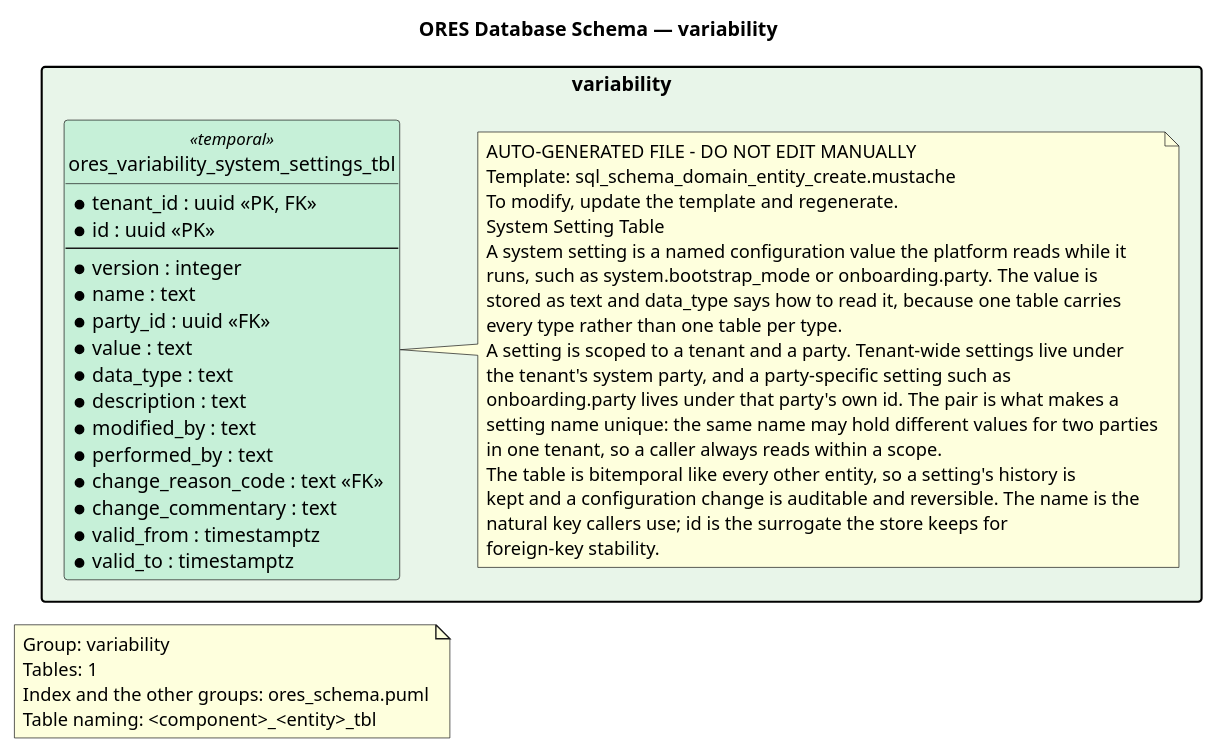
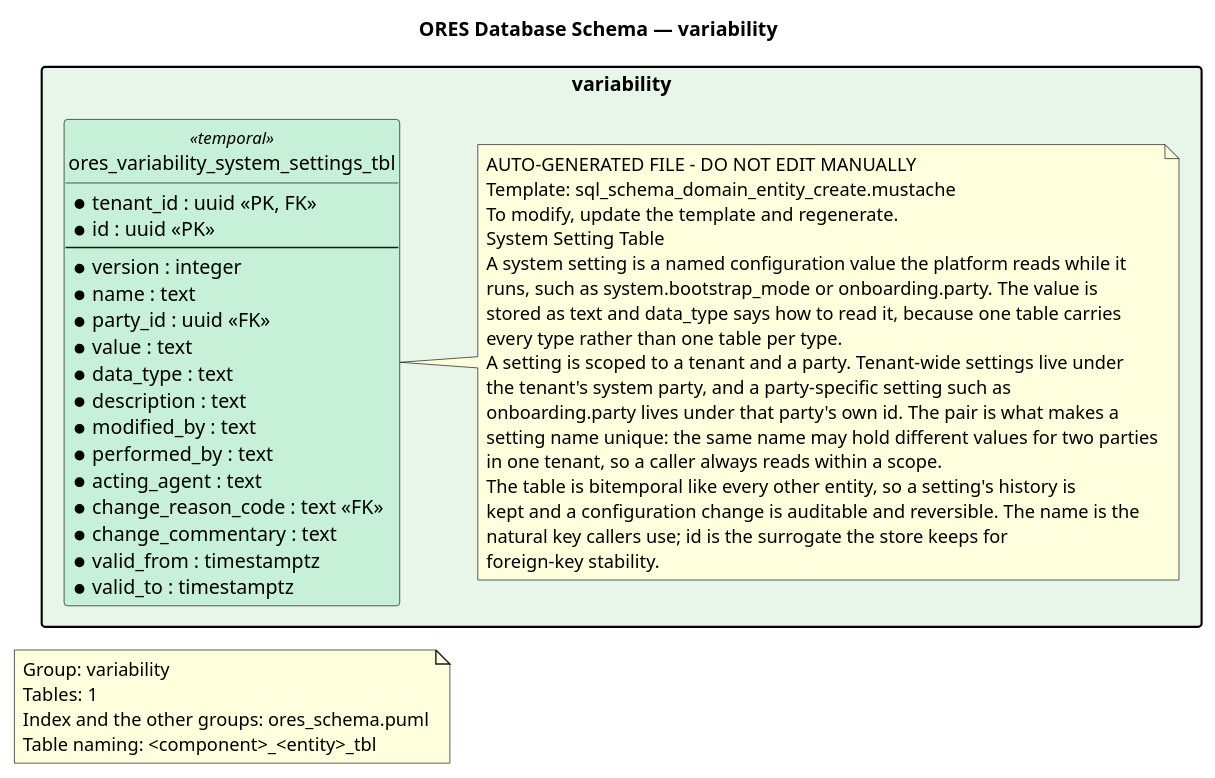
One commit to OreStudio/OreStudio changed the diagram in projects/ores.sql/modeling/ores_schema.variability.puml. Above: the diagram before and after it, drawn with PlantUML. The commit also changed 1129 other files, not shown here.

```diff
--- a/projects/ores.sql/modeling/ores_schema.variability.puml
+++ b/projects/ores.sql/modeling/ores_schema.variability.puml
@@ -21,72 +21,73 @@
 @startuml
 
 title ORES Database Schema — variability
 hide circle
 skinparam linetype ortho
 
 ' Layout: left-to-right stacks packages vertically
 left to right direction
 skinparam packageStyle rectangle
 skinparam nodesep 8
 skinparam ranksep 20
 
 note as GroupNote
 Group: variability
 Tables: 1
 Index and the other groups: ores_schema.puml
 Table naming: <component>_<entity>_tbl
 end note
 
 '
 ' ==================== variability (Feature Flags) ====================
 '
 package "variability" #E8F5E9 {
     entity ores_variability_system_settings_tbl <<temporal>> #C6F0D8 {
         * tenant_id : uuid <<PK, FK>>
         * id : uuid <<PK>>
         --
         * version : integer
         * name : text
         * party_id : uuid <<FK>>
         * value : text
         * data_type : text
         * description : text
         * modified_by : text
         * performed_by : text
+        * acting_agent : text
         * change_reason_code : text <<FK>>
         * change_commentary : text
         * valid_from : timestamptz
         * valid_to : timestamptz
     }
 
     note right of ores_variability_system_settings_tbl
     AUTO-GENERATED FILE - DO NOT EDIT MANUALLY
     Template: sql_schema_domain_entity_create.mustache
     To modify, update the template and regenerate.
     System Setting Table
     A system setting is a named configuration value the platform reads while it
     runs, such as system.bootstrap_mode or onboarding.party. The value is
     stored as text and data_type says how to read it, because one table carries
     every type rather than one table per type.
     A setting is scoped to a tenant and a party. Tenant-wide settings live under
     the tenant's system party, and a party-specific setting such as
     onboarding.party lives under that party's own id. The pair is what makes a
     setting name unique: the same name may hold different values for two parties
     in one tenant, so a caller always reads within a scope.
     The table is bitemporal like every other entity, so a setting's history is
     kept and a configuration change is auditable and reversible. The name is the
     natural key callers use; id is the surrogate the store keeps for
     foreign-key stability.
     end note
 
 }
 
 
 '
 ' ==================== Relationships ====================
 '
 
 ' Local Variables:
 ' compile-command: "java -Djava.awt.headless=true -DPLANTUML_LIMIT_SIZE=131072 -jar /usr/share/plantuml/plantuml.jar ores_schema.variability.puml"
 ' End:
 @enduml
```
